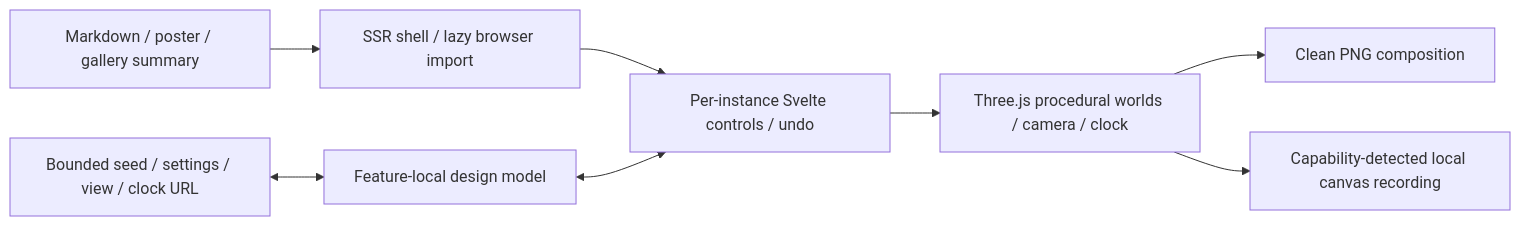
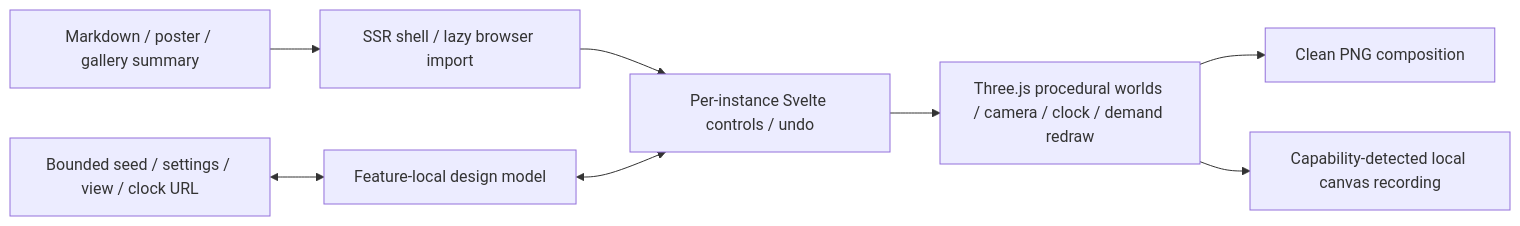
Before and after one commit to suvrotica/suvroghosh-in: the diagram in docs/visualizations/strange-matter.md, drawn with Mermaid. The commit also changed other lines of this file and 5 other files, not shown here.

````diff
--- a/docs/visualizations/strange-matter.md
+++ b/docs/visualizations/strange-matter.md
@@ -25,10 +25,10 @@
 ```mermaid
 flowchart LR
     Article["Markdown / poster / gallery summary"] --> Shell["SSR shell / lazy browser import"]
     Shell --> App["Per-instance Svelte controls / undo"]
     URL["Bounded seed / settings / view / clock URL"] <--> Model["Feature-local design model"]
     Model <--> App
-    App --> Renderer["Three.js procedural worlds / camera / clock"]
+    App --> Renderer["Three.js procedural worlds / camera / clock / demand redraw"]
     Renderer --> PNG["Clean PNG composition"]
     Renderer --> Video["Capability-detected local canvas recording"]
 ```
````
